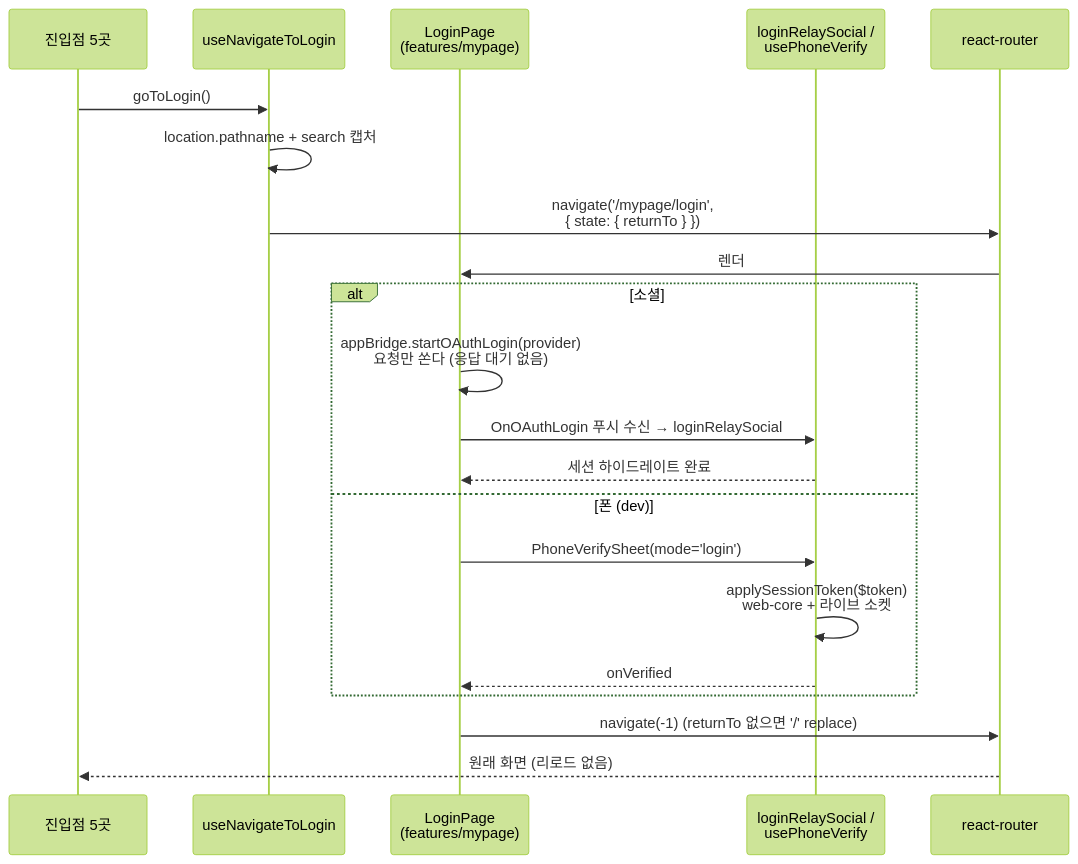
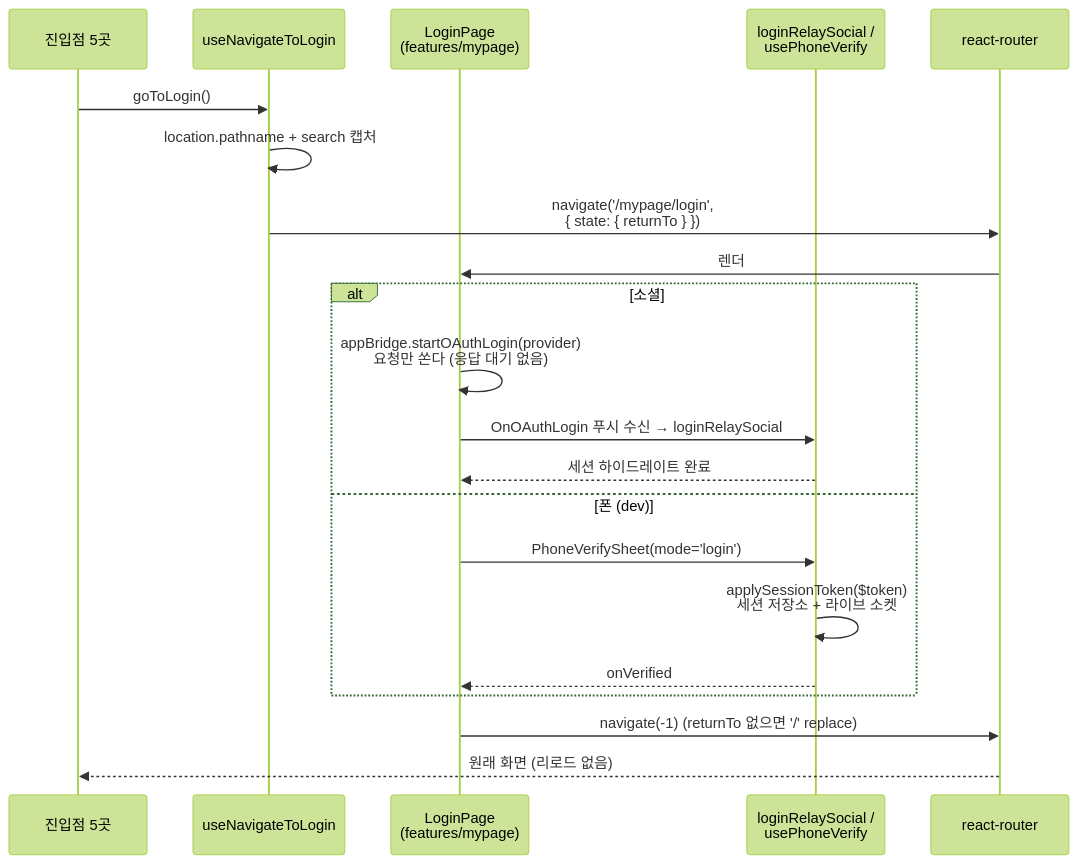
One commit to lemoncloud-io/dou-app changed the fourth of 4 diagrams in apps/web/docs/feature/auth/login-return.md. Above: the diagram before and after it, drawn with Mermaid (forest theme). The commit also changed other lines of this file and 5 other files, not shown here.

First line of the commit message:
docs(web/auth,account): auth.update is excluded from the gateway, not kept in it

````diff
--- a/apps/web/docs/feature/auth/login-return.md
+++ b/apps/web/docs/feature/auth/login-return.md
@@ -176,26 +176,26 @@
 ```mermaid
 sequenceDiagram
     participant Entry as 진입점 5곳
     participant Hook as useNavigateToLogin
     participant Login as LoginPage<br/>(features/mypage)
     participant Auth as loginRelaySocial /<br/>usePhoneVerify
     participant Router as react-router
 
     Entry->>Hook: goToLogin()
     Hook->>Hook: location.pathname + search 캡처
     Hook->>Router: navigate('/mypage/login',<br/>{ state: { returnTo } })
     Router->>Login: 렌더
 
     alt 소셜
         Login->>Login: appBridge.startOAuthLogin(provider)<br/>요청만 쏜다 (응답 대기 없음)
         Login->>Auth: OnOAuthLogin 푸시 수신 → loginRelaySocial
         Auth-->>Login: 세션 하이드레이트 완료
     else 폰 (dev)
         Login->>Auth: PhoneVerifySheet(mode='login')
-        Auth->>Auth: applySessionToken($token)<br/>web-core + 라이브 소켓
+        Auth->>Auth: applySessionToken($token)<br/>세션 저장소 + 라이브 소켓
         Auth-->>Login: onVerified
     end
 
     Login->>Router: navigate(-1)  (returnTo 없으면 '/' replace)
     Router-->>Entry: 원래 화면 (리로드 없음)
 ```
````
